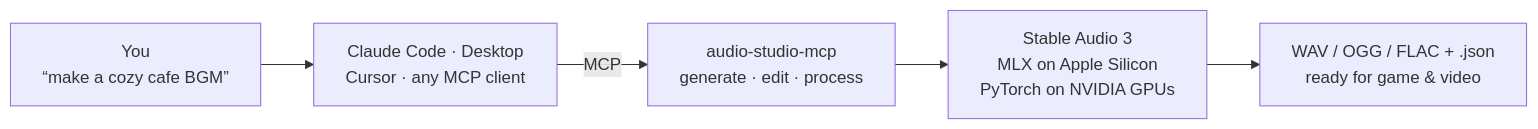
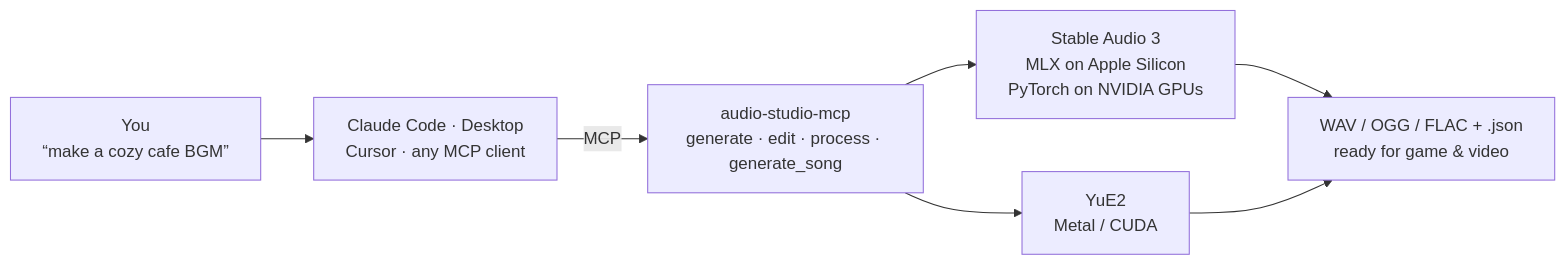
Before and after one commit to kanaworksai-hue/audio-studio-mcp: the diagram in README.md, drawn with Mermaid. The commit also changed other lines of this file and 10 other files, not shown here.

````diff
--- a/README.md
+++ b/README.md
@@ -65,7 +74,9 @@
 ```mermaid
 flowchart LR
     U["You<br/>“make a cozy cafe BGM”"] --> C["Claude Code · Desktop<br/>Cursor · any MCP client"]
-    C -- "MCP" --> S["audio-studio-mcp<br/>generate · edit · process"]
+    C -- "MCP" --> S["audio-studio-mcp<br/>generate · edit · process · generate_song"]
     S --> M["Stable Audio 3<br/>MLX on Apple Silicon<br/>PyTorch on NVIDIA GPUs"]
+    S --> Y["YuE2<br/>Metal / CUDA"]
     M --> F["WAV / OGG / FLAC + .json<br/>ready for game & video"]
+    Y --> F
 ```
````
